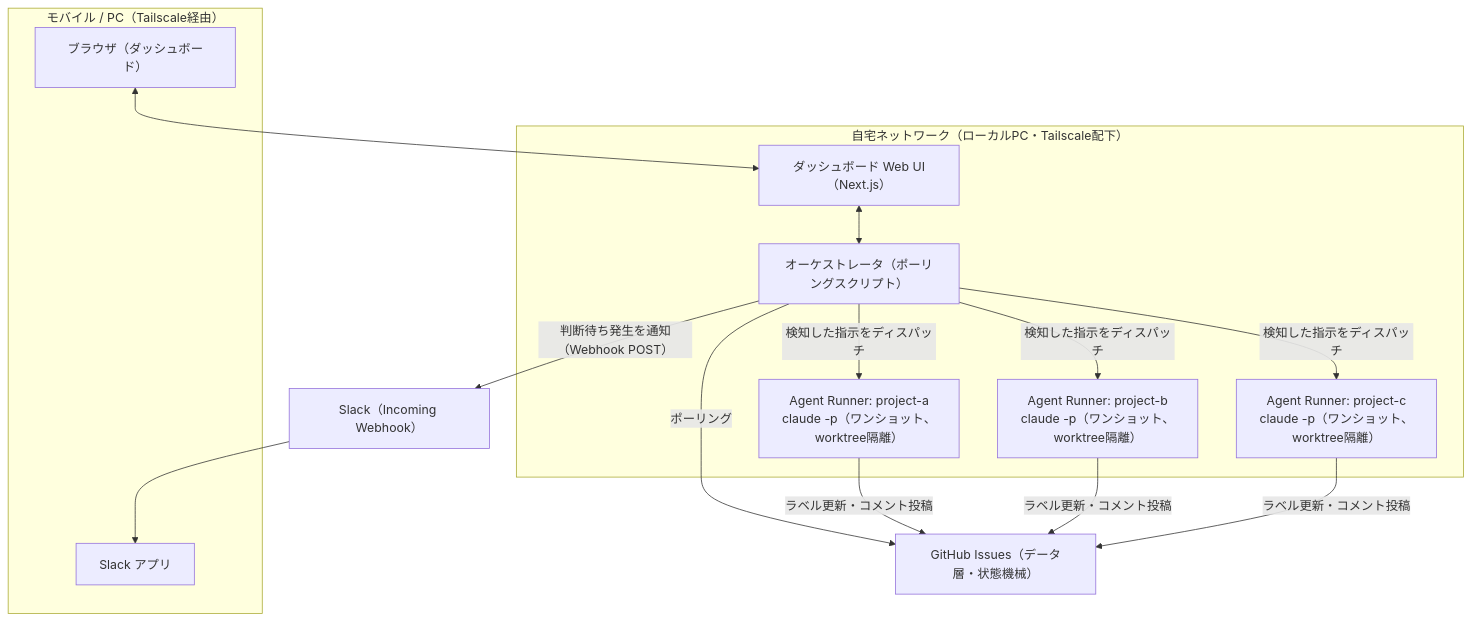
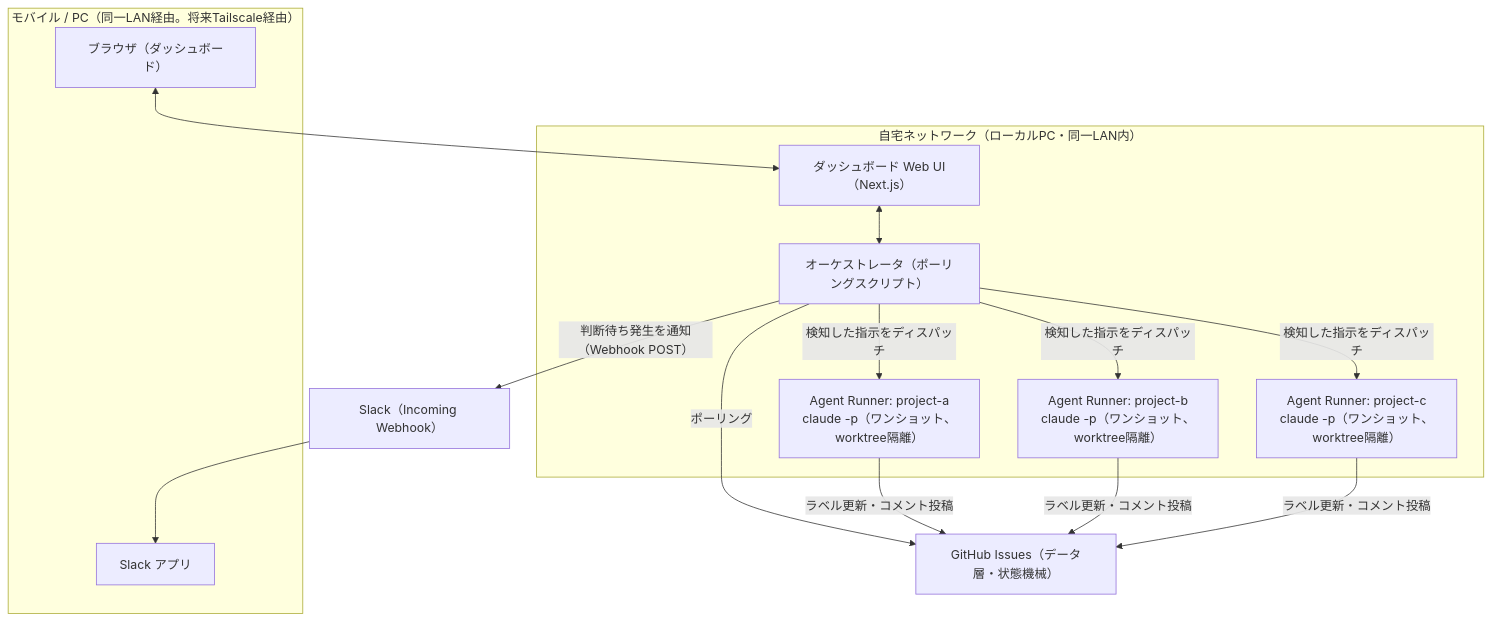
One commit to nosetech/producer-desk changed the diagram in docs/architecture.md. Above: the diagram before and after it, drawn with Mermaid. The commit also changed other lines of this file and 4 other files, not shown here.

````diff
--- a/docs/architecture.md
+++ b/docs/architecture.md
@@ -12,26 +12,26 @@
 ```mermaid
 flowchart TB
-    subgraph Mobile["モバイル / PC（Tailscale経由）"]
+    subgraph Mobile["モバイル / PC（同一LAN経由。将来Tailscale経由）"]
         A["ブラウザ（ダッシュボード）"]
         N["Slack アプリ"]
     end
 
-    subgraph HomeNet["自宅ネットワーク（ローカルPC・Tailscale配下）"]
+    subgraph HomeNet["自宅ネットワーク（ローカルPC・同一LAN内）"]
         B["ダッシュボード Web UI（Next.js）"]
         C["オーケストレータ（ポーリングスクリプト）"]
         D1["Agent Runner: project-a<br/>claude -p（ワンショット、worktree隔離）"]
         D2["Agent Runner: project-b<br/>claude -p（ワンショット、worktree隔離）"]
         D3["Agent Runner: project-c<br/>claude -p（ワンショット、worktree隔離）"]
     end
 
     H["GitHub Issues（データ層・状態機械）"]
     Slack["Slack（Incoming Webhook）"]
 
     A <--> B
     B <--> C
     C -- "ポーリング" --> H
     C -- "検知した指示をディスパッチ" --> D1 & D2 & D3
     D1 & D2 & D3 -- "ラベル更新・コメント投稿" --> H
     C -- "判断待ち発生を通知（Webhook POST）" --> Slack
     Slack --> N
 ```
````
